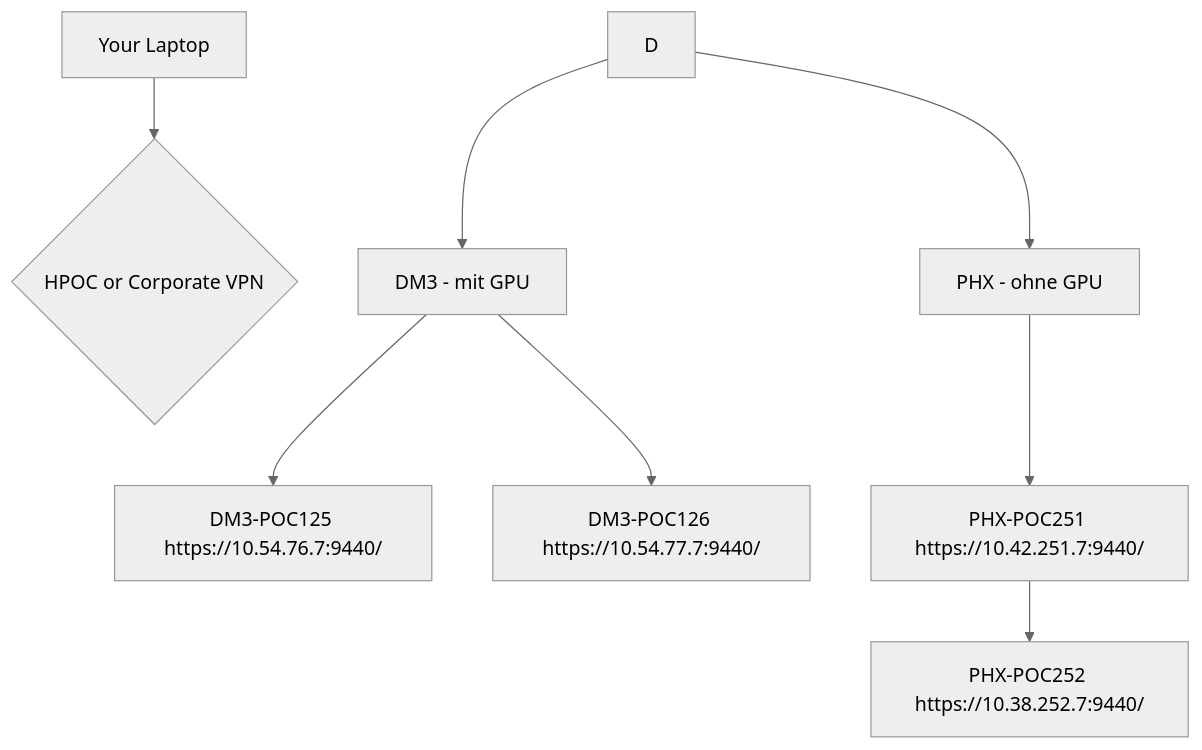
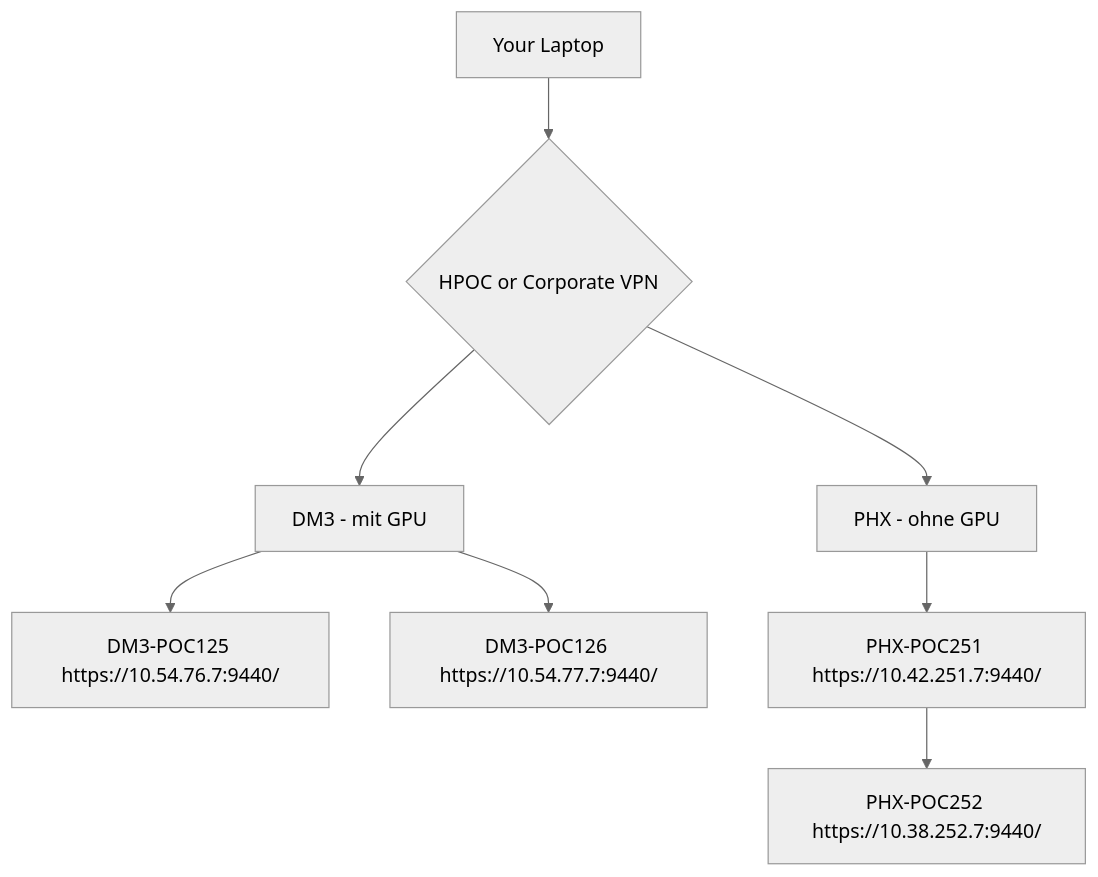
The diagram in HPOC.md (ntnxandy/ntnxandy.github.io), drawn with Mermaid (neutral theme) before and after one commit.

````diff
--- a/HPOC.md
+++ b/HPOC.md
@@ -4,11 +4,11 @@
 ```mermaid
 graph TD
-    A[Your Laptop] --> B{HPOC or Corporate VPN};
-    D --> G[DM3 - mit GPU]
+    A[Your Laptop] --> D{HPOC or Corporate VPN};
+    D{HPOC or Corporate VPN} --> G[DM3 - mit GPU]
     G --> H[DM3-POC125 https://10.54.76.7:9440/]
     G --> I[DM3-POC126 https://10.54.77.7:9440/]
     D --> J[PHX - ohne GPU]
     J --> K[PHX-POC251 https://10.42.251.7:9440/]
     K --> L[PHX-POC252 https://10.38.252.7:9440/]
     
 ```
````
